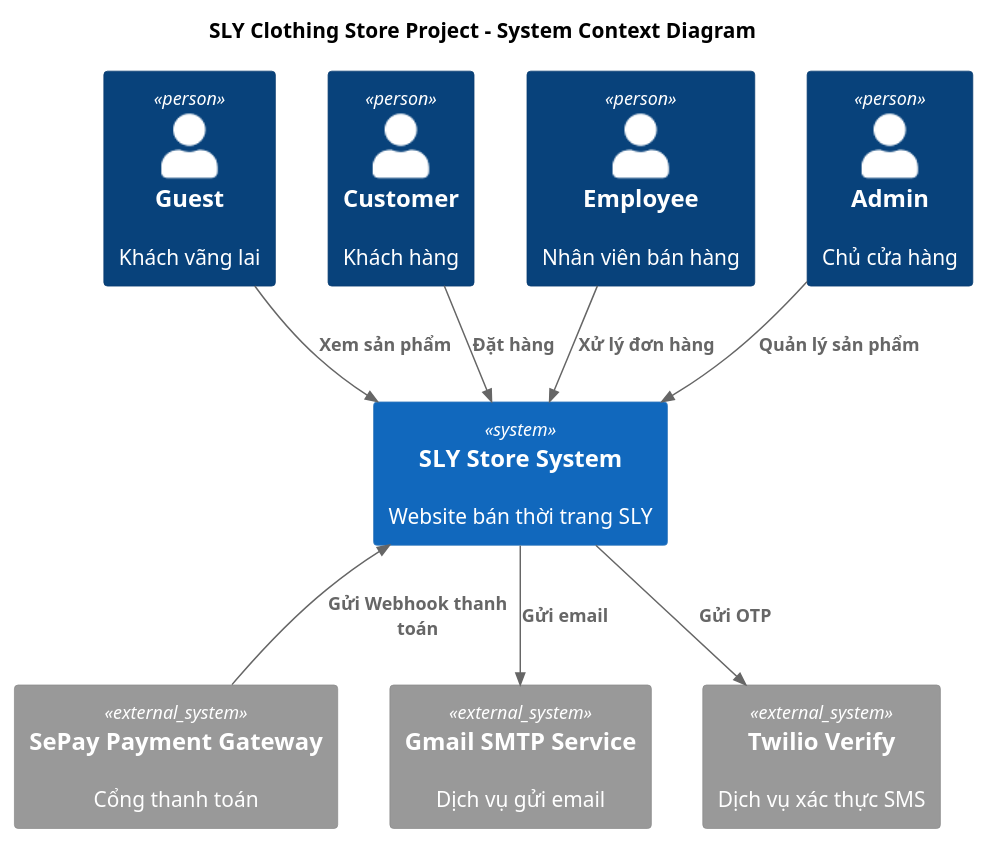
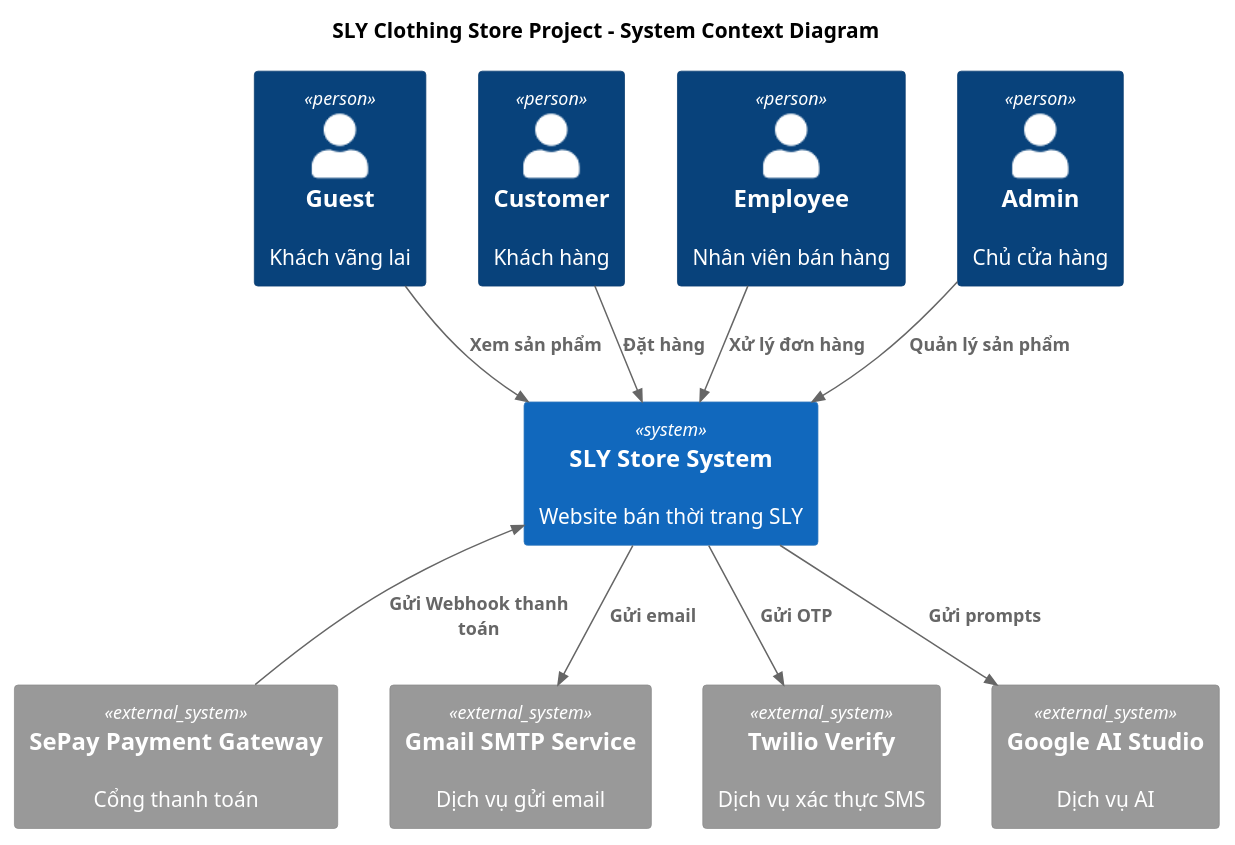
The diagram in .docs/C4Model-System-Context.puml (ptus04/store-project), drawn with PlantUML before and after one commit. The commit also changed 2 other files, not shown here.

```diff
--- a/.docs/C4Model-System-Context.puml
+++ b/.docs/C4Model-System-Context.puml
@@ -1,23 +1,25 @@
 @startuml
 !include <C4/C4_Container>
 
 title SLY Clothing Store Project - System Context Diagram
 
 Person(guest, "Guest", "Khách vãng lai")
 Person(customer, "Customer", "Khách hàng")
 Person(employee, "Employee", "Nhân viên bán hàng")
 Person(admin, "Admin", "Chủ cửa hàng")
 
 System(storeSystem, "SLY Store System", "Website bán thời trang SLY")
 System_Ext(sepay, "SePay Payment Gateway", "Cổng thanh toán")
 System_Ext(gmail, "Gmail SMTP Service", "Dịch vụ gửi email")
 System_Ext(twilio, "Twilio Verify", "Dịch vụ xác thực SMS")
+System_Ext(googleAi, "Google AI Studio", "Dịch vụ AI")
 
 Rel(guest, storeSystem, "Xem sản phẩm")
 Rel(customer, storeSystem, "Đặt hàng")
 Rel(employee, storeSystem, "Xử lý đơn hàng")
 Rel(admin, storeSystem, "Quản lý sản phẩm")
 Rel_U(sepay, storeSystem, "Gửi Webhook thanh toán")
 Rel(storeSystem, gmail, "Gửi email")
 Rel(storeSystem, twilio, "Gửi OTP")
+Rel(storeSystem, googleAi, "Gửi prompts")
 @enduml
```
